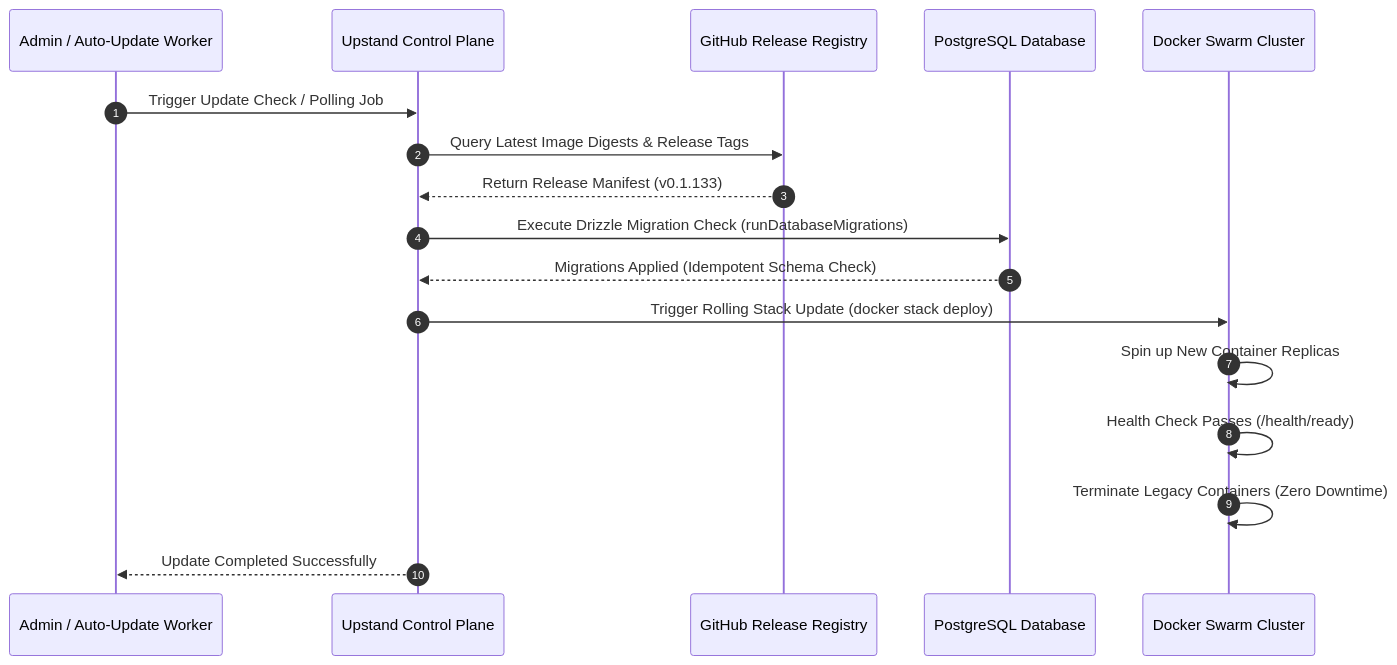
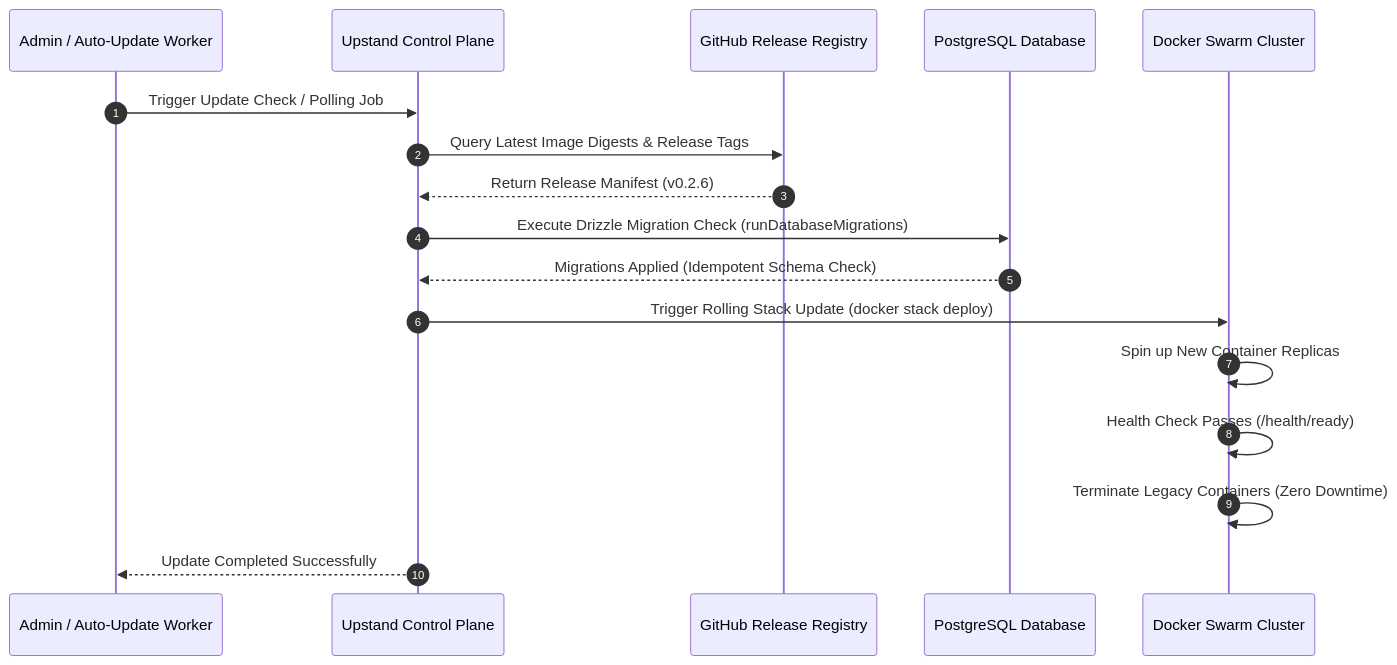
One commit to UpstandPlatform/upstand changed the diagram in apps/fumadocs/content/docs/getting-started/updates.mdx. Above: the diagram before and after it, drawn with Mermaid. The commit also changed other lines of this file and 498 other files, not shown here.

````diff
--- a/apps/fumadocs/content/docs/getting-started/updates.mdx
+++ b/apps/fumadocs/content/docs/getting-started/updates.mdx
@@ -12,20 +12,20 @@
 ```mermaid
 sequenceDiagram
     autonumber
     participant Admin as Admin / Auto-Update Worker
     participant API as Upstand Control Plane
     participant GH as GitHub Release Registry
     participant DB as PostgreSQL Database
     participant Swarm as Docker Swarm Cluster
 
     Admin->>API: Trigger Update Check / Polling Job
     API->>GH: Query Latest Image Digests & Release Tags
-    GH-->>API: Return Release Manifest (v0.1.133)
+    GH-->>API: Return Release Manifest (v0.2.6)
     API->>DB: Execute Drizzle Migration Check (runDatabaseMigrations)
     DB-->>API: Migrations Applied (Idempotent Schema Check)
     API->>Swarm: Trigger Rolling Stack Update (docker stack deploy)
     Swarm->>Swarm: Spin up New Container Replicas
     Swarm->>Swarm: Health Check Passes (/health/ready)
     Swarm->>Swarm: Terminate Legacy Containers (Zero Downtime)
     API-->>Admin: Update Completed Successfully
 ```
````
